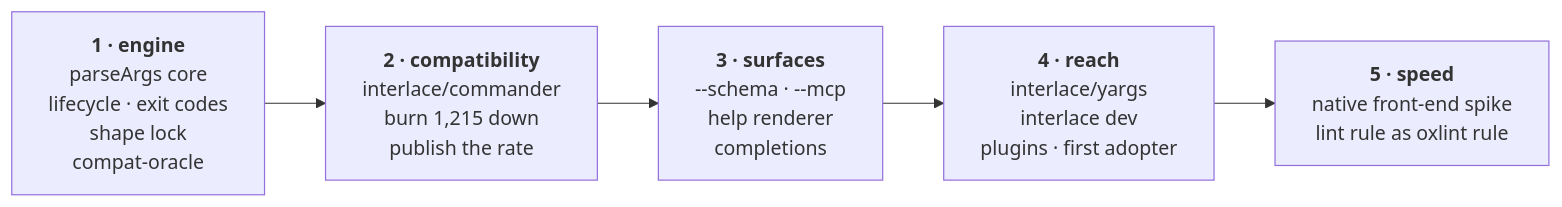
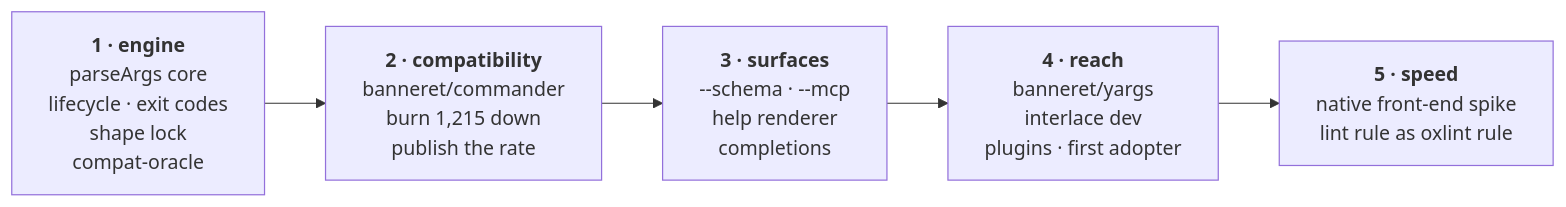
One commit to ofri-peretz/burgee changed the seventh of 8 diagrams in docs/research/architecture.md. Above: the diagram before and after it, drawn with Mermaid. The commit also changed other lines of this file and 12 other files, not shown here.

````diff
--- a/docs/research/architecture.md
+++ b/docs/research/architecture.md
@@ -194,7 +194,7 @@
 ```mermaid
 flowchart LR
-  W1["<b>1 · engine</b><br/>parseArgs core<br/>lifecycle · exit codes<br/>shape lock<br/>compat-oracle"] --> W2["<b>2 · compatibility</b><br/>interlace/commander<br/>burn 1,215 down<br/>publish the rate"]
+  W1["<b>1 · engine</b><br/>parseArgs core<br/>lifecycle · exit codes<br/>shape lock<br/>compat-oracle"] --> W2["<b>2 · compatibility</b><br/>banneret/commander<br/>burn 1,215 down<br/>publish the rate"]
   W2 --> W3["<b>3 · surfaces</b><br/>--schema · --mcp<br/>help renderer<br/>completions"]
-  W3 --> W4["<b>4 · reach</b><br/>interlace/yargs<br/>interlace dev<br/>plugins · first adopter"]
+  W3 --> W4["<b>4 · reach</b><br/>banneret/yargs<br/>interlace dev<br/>plugins · first adopter"]
   W4 --> W5["<b>5 · speed</b><br/>native front-end spike<br/>lint rule as oxlint rule"]
 ```
````
